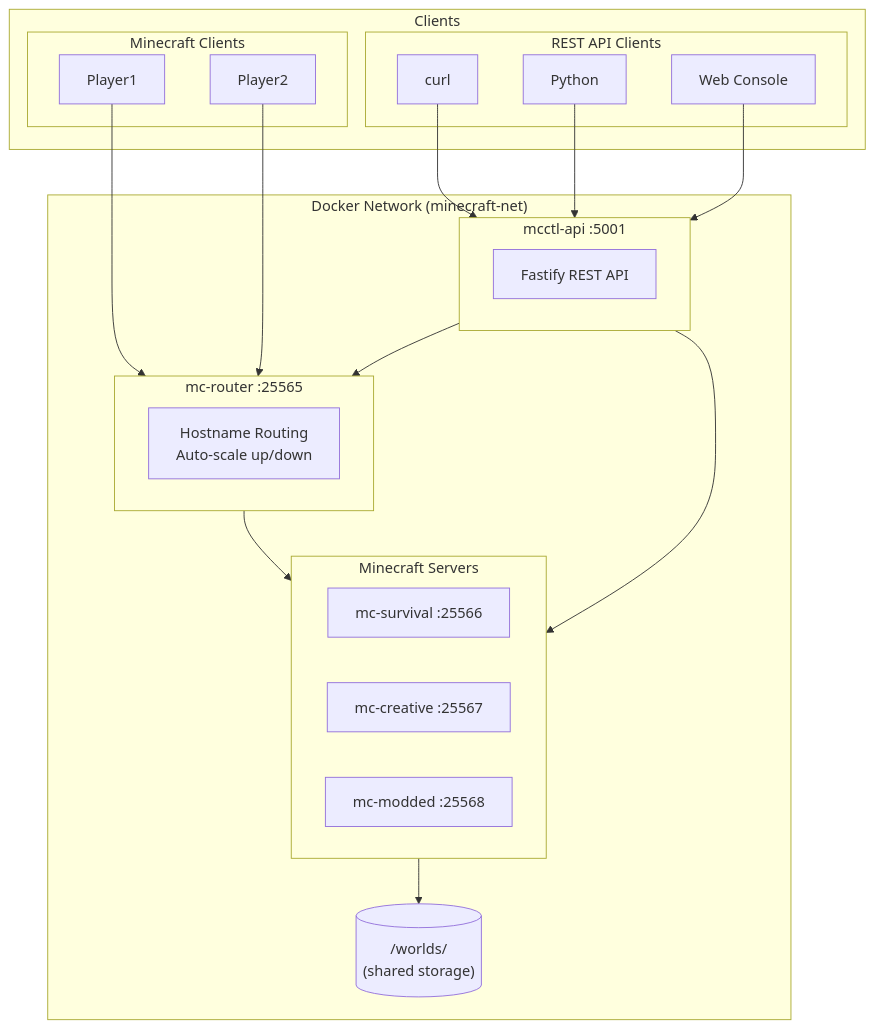
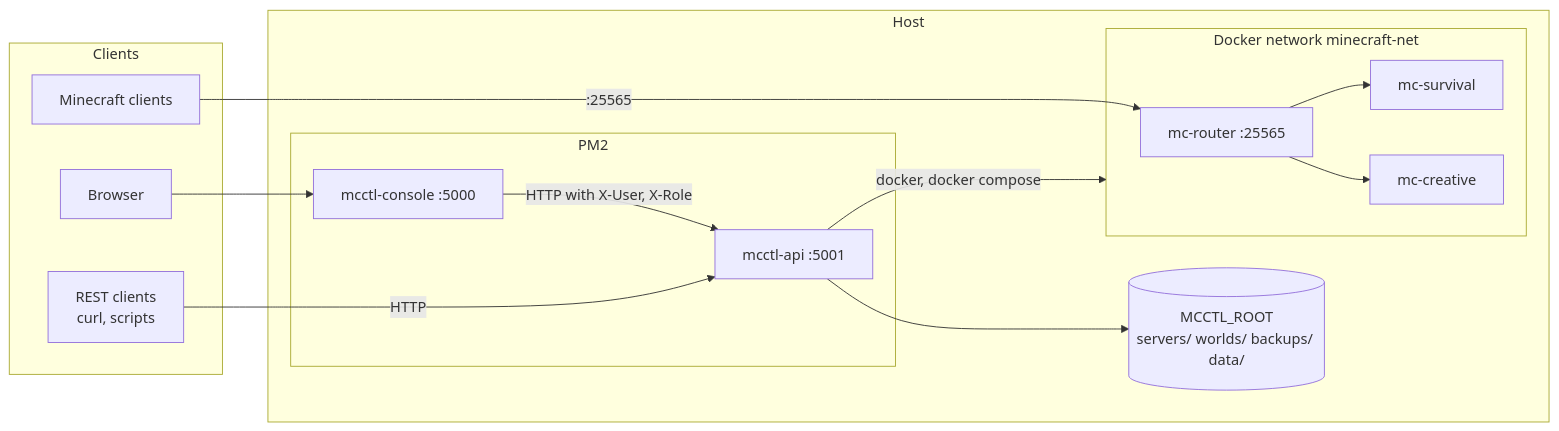
One commit to smallmiro/minecraft-server-manager changed the first of 5 diagrams in docs/api/index.md. Above: the diagram before and after it, drawn with Mermaid. The commit also changed other lines of this file and 9 other files, not shown here.

````diff
--- a/docs/api/index.md
+++ b/docs/api/index.md
@@ -7,41 +12,29 @@
 ```mermaid
-flowchart TB
+flowchart LR
     subgraph Clients["Clients"]
-        subgraph MC["Minecraft Clients"]
-            P1[Player1]
-            P2[Player2]
+        P["Minecraft clients"]
+        B["Browser"]
+        R["REST clients<br/>curl, scripts"]
+    end
+
+    subgraph Host["Host"]
+        subgraph PM2["PM2"]
+            CON["mcctl-console :5000"]
+            API["mcctl-api :5001"]
         end
-        subgraph API["REST API Clients"]
-            CURL[curl]
-            PY[Python]
-            WEB[Web Console]
+        FILES[("MCCTL_ROOT<br/>servers/ worlds/ backups/ data/")]
+        subgraph Docker["Docker network minecraft-net"]
+            ROUTER["mc-router :25565"]
+            S1["mc-survival"]
+            S2["mc-creative"]
         end
     end
 
-    subgraph Docker["Docker Network (minecraft-net)"]
-        subgraph Router["mc-router :25565"]
-            R[Hostname Routing<br/>Auto-scale up/down]
-        end
-
-        subgraph MCAPI["mcctl-api :5001"]
-            F[Fastify REST API]
-        end
-
-        subgraph Servers["Minecraft Servers"]
-            S1[mc-survival :25566]
-            S2[mc-creative :25567]
-            S3[mc-modded :25568]
-        end
-
-        WORLDS[("/worlds/<br/>(shared storage)")]
-    end
-
-    P1 & P2 --> Router
-    CURL & PY & WEB --> MCAPI
-
-    MCAPI --> Router
-    Router --> Servers
-    MCAPI --> Servers
-
-    Servers --> WORLDS
+    P -->|":25565"| ROUTER
+    ROUTER --> S1 & S2
+    B --> CON
+    CON -->|"HTTP with X-User, X-Role"| API
+    R -->|"HTTP"| API
+    API -->|"docker, docker compose"| Docker
+    API --> FILES
 ```
````
